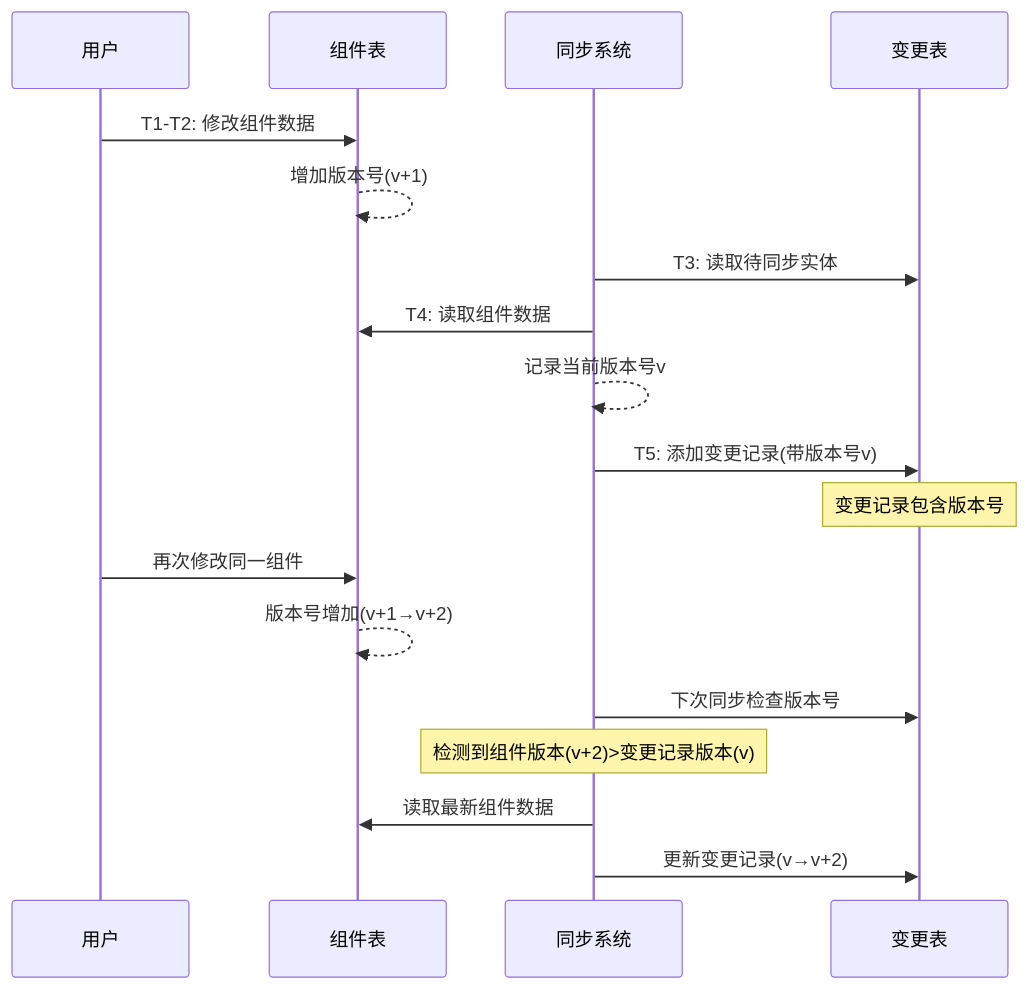
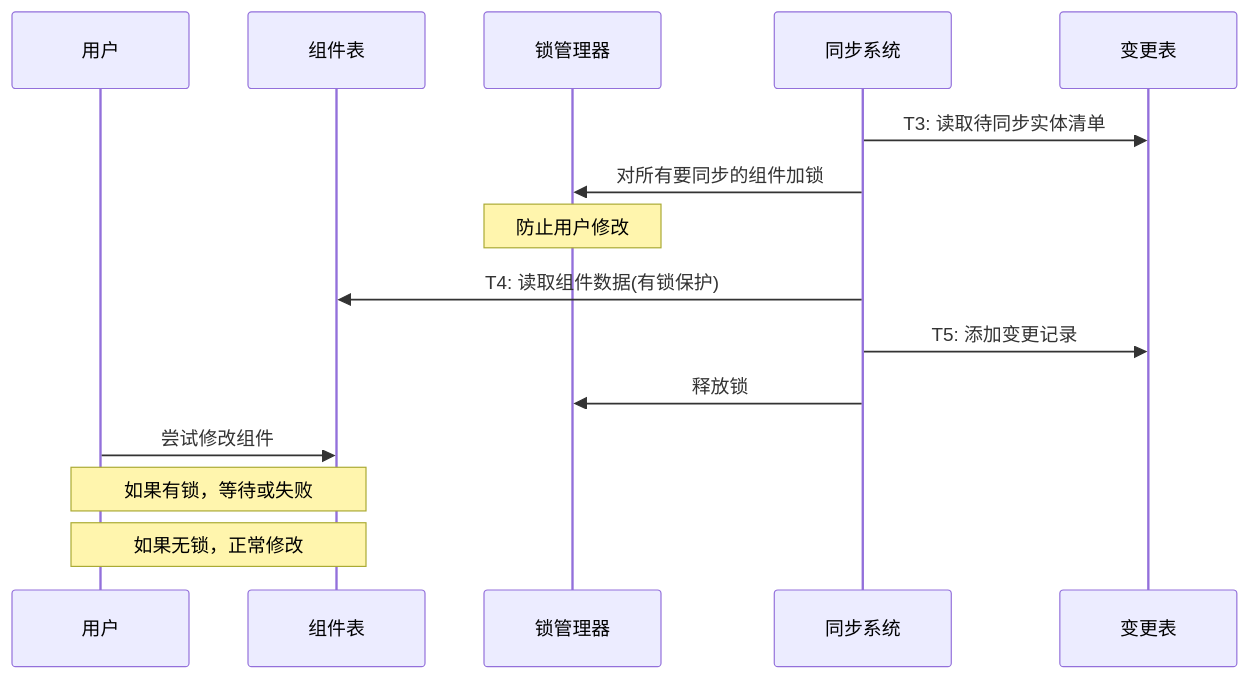
The diagram in all/未命名-42.md (yingjianzh/iodraw-files), drawn with Mermaid before and after one commit.

Commit message:
2025-04-24 14:03:40 update

````diff
--- a/all/未命名-42.md
+++ b/all/未命名-42.md
@@ -1,23 +1,20 @@
 ```mermaid
 sequenceDiagram
     participant 用户
     participant 组件表
+    participant 锁管理器
     participant 同步系统
     participant 变更表
     
-    用户->>组件表: T1-T2: 修改组件数据
-    组件表-->>组件表: 增加版本号(v+1)
-    同步系统->>变更表: T3: 读取待同步实体
-    同步系统->>组件表: T4: 读取组件数据
-    同步系统-->>同步系统: 记录当前版本号v
-    同步系统->>变更表: T5: 添加变更记录(带版本号v)
-    Note over 变更表: 变更记录包含版本号
+    同步系统->>变更表: T3: 读取待同步实体清单
+    同步系统->>锁管理器: 对所有要同步的组件加锁
+    Note over 锁管理器: 防止用户修改
     
-    用户->>组件表: 再次修改同一组件
-    组件表-->>组件表: 版本号增加(v+1→v+2)
+    同步系统->>组件表: T4: 读取组件数据(有锁保护)
+    同步系统->>变更表: T5: 添加变更记录
+    同步系统->>锁管理器: 释放锁
     
-    同步系统->>变更表: 下次同步检查版本号
-    Note over 同步系统: 检测到组件版本(v+2)>变更记录版本(v)
-    同步系统->>组件表: 读取最新组件数据
-    同步系统->>变更表: 更新变更记录(v→v+2)
+    用户->>组件表: 尝试修改组件
+    Note over 用户,组件表: 如果有锁，等待或失败
+    Note over 用户,组件表: 如果无锁，正常修改
 ```
````
